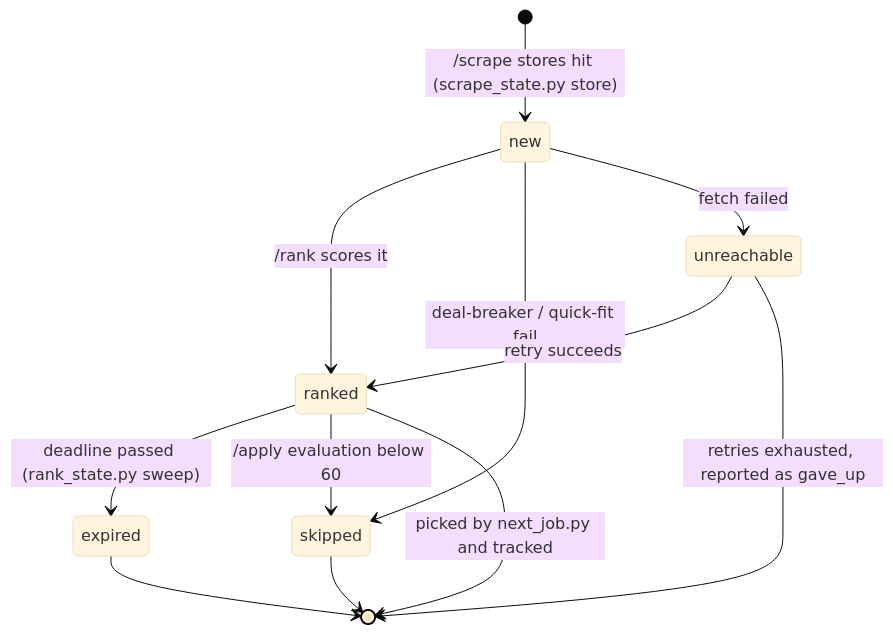
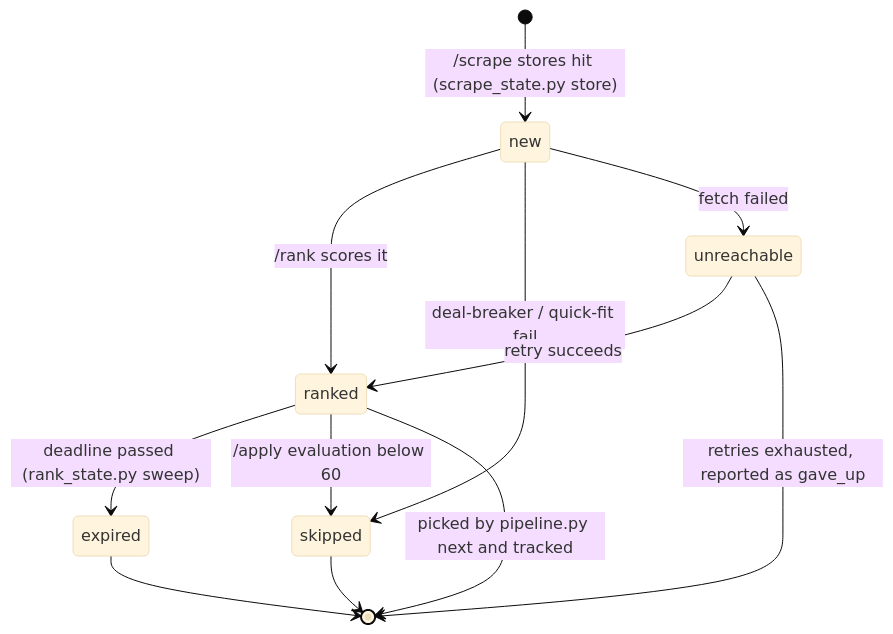
One commit to rshz3028/ai-job-search changed the fourth of 8 diagrams in docs/ARCHITECTURE.md. Above: the diagram before and after it, drawn with Mermaid (base theme). The commit also changed other lines of this file and 128 other files, not shown here.

````diff
--- a/docs/ARCHITECTURE.md
+++ b/docs/ARCHITECTURE.md
@@ -205,14 +205,14 @@
 ```mermaid
 stateDiagram-v2
     [*] --> new : /scrape stores hit (scrape_state.py store)
     new --> ranked : /rank scores it
     new --> skipped : deal-breaker / quick-fit fail
     new --> unreachable : fetch failed
     unreachable --> ranked : retry succeeds
     unreachable --> [*] : retries exhausted, reported as gave_up
     ranked --> expired : deadline passed (rank_state.py sweep)
     ranked --> skipped : /apply evaluation below 60
-    ranked --> [*] : picked by next_job.py and tracked
+    ranked --> [*] : picked by pipeline.py next and tracked
     skipped --> [*]
     expired --> [*]
 ```
````
